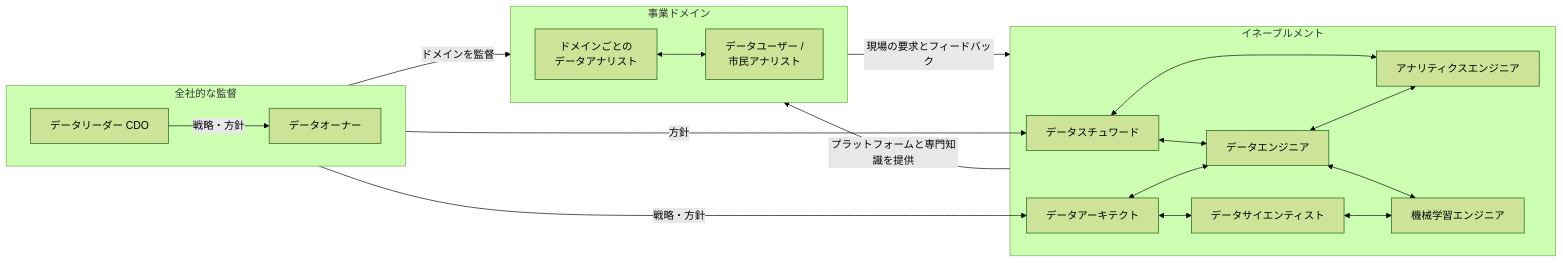
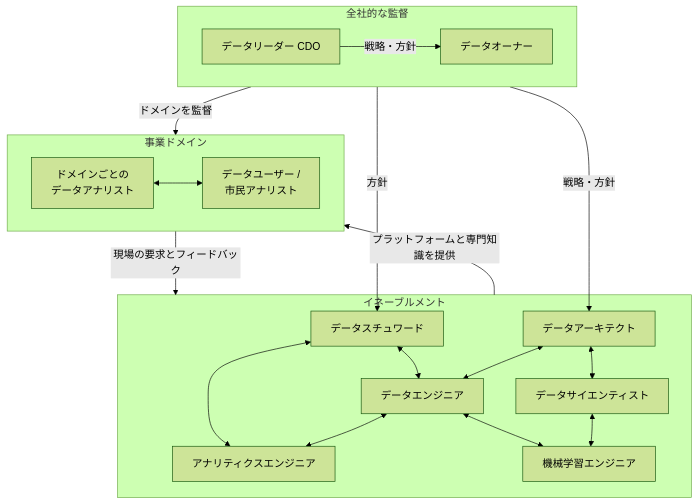
Before and after one commit to suwa-sh/zenn-contents: the third of 4 diagrams in articles/data_management_20250907.md, drawn with Mermaid (forest theme).

````diff
--- a/articles/data_management_20250907.md
+++ b/articles/data_management_20250907.md
@@ -263,42 +263,42 @@
 ```mermaid
-graph LR
+graph TD
     subgraph Manage[全社的な監督]
         direction LR
         A[データリーダー CDO]
         B[データオーナー]
     end
 
     subgraph Domain["事業ドメイン"]
         direction LR
         G[ドメインごとの<br>データアナリスト]
         J[データユーザー /<br> 市民アナリスト]
     end
 
     subgraph Enable["イネーブルメント"]
         C[データスチュワード]
         F[アナリティクスエンジニア]
         E[データエンジニア]
         D[データアーキテクト]
         H[データサイエンティスト]
         I[機械学習エンジニア]
 
         %% チーム内の連携
         C <--> E
         C <--> F
         D <--> E
         D <--> H
         E <--> F
         E <--> I
         H <--> I
     end
 
     A -- "戦略・方針" --> B
     B -- "ドメインを監督" --> Domain
     Enable -- "プラットフォームと専門知識を提供" --> Domain
     Domain -- "現場の要求とフィードバック" --> Enable
     G <--> J
 
     %% 監督層から支援チームへの連携
     A -- "戦略・方針" --> D
     B -- "方針" --> C
 ```
````
